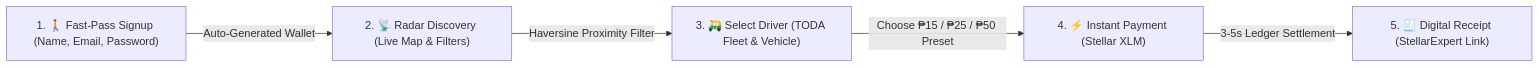
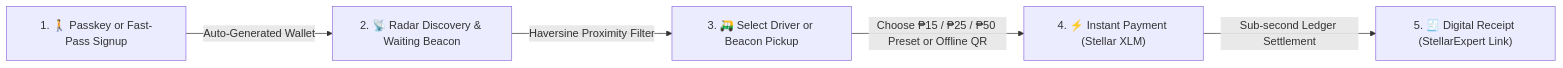
One commit to zneright/mobilis changed the third of 9 diagrams in docs/FLOWCHARTS.md. Above: the diagram before and after it, drawn with Mermaid. The commit also changed other lines of this file and 8 other files, not shown here.

````diff
--- a/docs/FLOWCHARTS.md
+++ b/docs/FLOWCHARTS.md
@@ -48,7 +96,7 @@
 ```mermaid
 flowchart LR
-    A["1. 🚶 Fast-Pass Signup (Name, Email, Password)"] -->|Auto-Generated Wallet| B["2. 📡 Radar Discovery (Live Map & Filters)"]
-    B -->|Haversine Proximity Filter| C["3. 🛺 Select Driver (TODA Fleet & Vehicle)"]
-    C -->|Choose ₱15 / ₱25 / ₱50 Preset| D["4. ⚡ Instant Payment (Stellar XLM)"]
-    D -->|3-5s Ledger Settlement| E["5. 🧾 Digital Receipt (StellarExpert Link)"]
+    A["1. 🚶 Passkey or Fast-Pass Signup"] -->|Auto-Generated Wallet| B["2. 📡 Radar Discovery & Waiting Beacon"]
+    B -->|Haversine Proximity Filter| C["3. 🛺 Select Driver or Beacon Pickup"]
+    C -->|Choose ₱15 / ₱25 / ₱50 Preset or Offline QR| D["4. ⚡ Instant Payment (Stellar XLM)"]
+    D -->|Sub-second Ledger Settlement| E["5. 🧾 Digital Receipt (StellarExpert Link)"]
 ```
````
